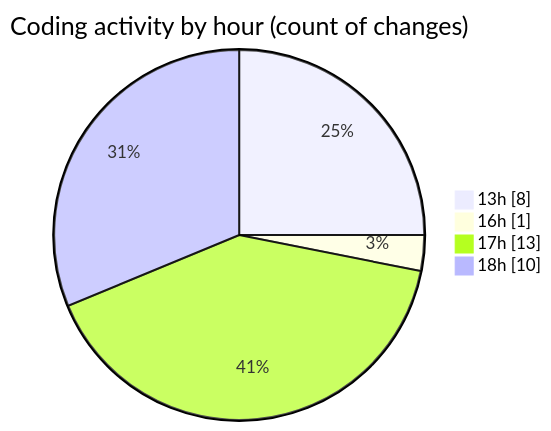
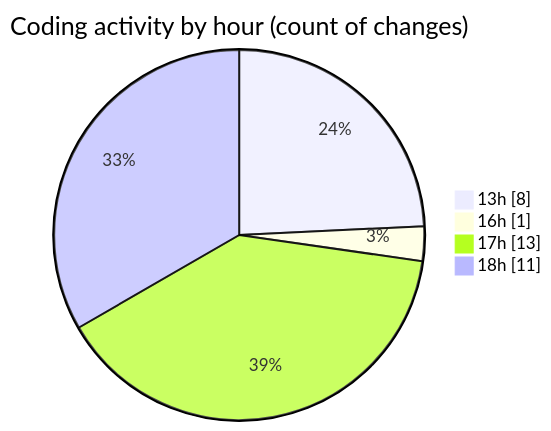
Before and after one commit to EIIisD/code-tracking: the second of 2 diagrams in 2025-08-24/chatgpt-extension/README.md, drawn with Mermaid. The commit also changed other lines of this file and 1 other file, not shown here.

````diff
--- a/2025-08-24/chatgpt-extension/README.md
+++ b/2025-08-24/chatgpt-extension/README.md
@@ -34,8 +34,8 @@
 ```mermaid
 pie showData
 title Coding activity by hour (count of changes)
 "13h" : 8
 "16h" : 1
 "17h" : 13
-"18h" : 10
+"18h" : 11
 ```
````
